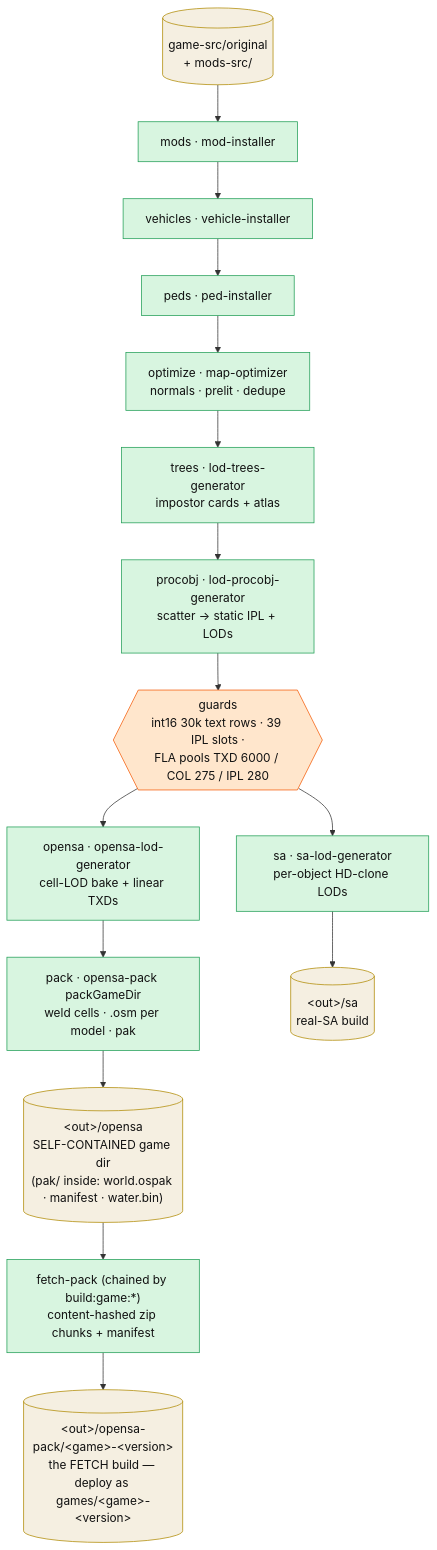
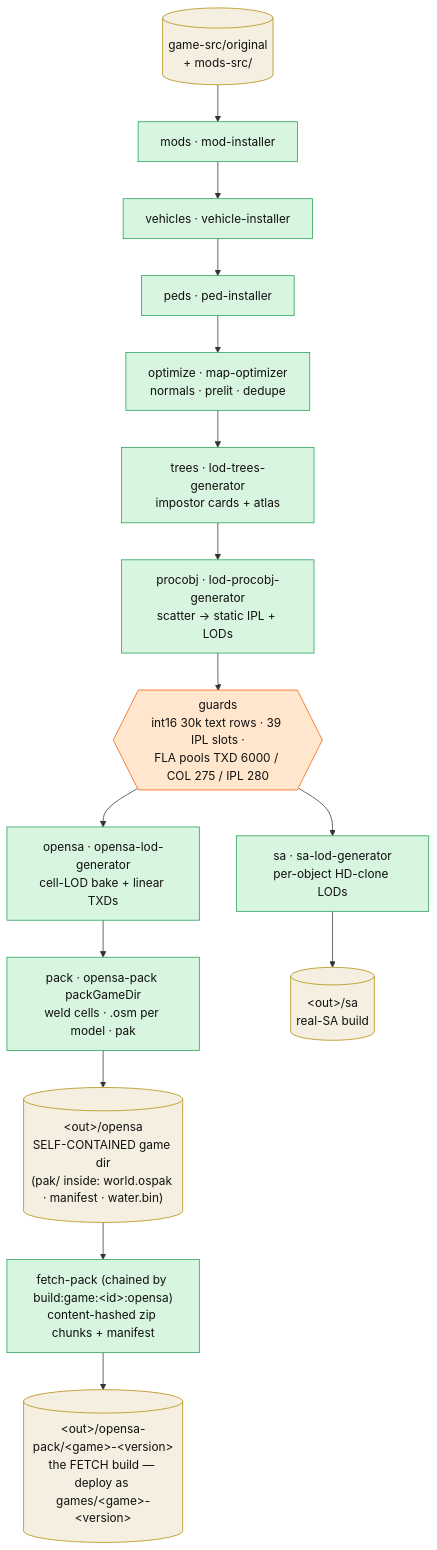
The diagram in docs/architecture/perfect-map-builder.md (sexorcist00/opensa), drawn with Mermaid before and after one commit. The commit also changed other lines of this file and 15 other files, not shown here.

````diff
--- a/docs/architecture/perfect-map-builder.md
+++ b/docs/architecture/perfect-map-builder.md
@@ -20,28 +30,28 @@
 ```mermaid
 %%| pmb-pipeline
 flowchart TB
   src[("game-src/original<br/>+ mods-src/")]:::data
   mods["mods · mod-installer"]:::stage
   veh["vehicles · vehicle-installer"]:::stage
   peds["peds · ped-installer"]:::stage
   opt["optimize · map-optimizer<br/>normals · prelit · dedupe"]:::stage
   trees["trees · lod-trees-generator<br/>impostor cards + atlas"]:::stage
   proc["procobj · lod-procobj-generator<br/>scatter → static IPL + LODs"]:::stage
   guard{{"guards<br/>int16 30k text rows · 39 IPL slots ·<br/>FLA pools TXD 6000 / COL 275 / IPL 280"}}:::guard
   sa["sa · sa-lod-generator<br/>per-object HD-clone LODs"]:::stage
   oslod["opensa · opensa-lod-generator<br/>cell-LOD bake + linear TXDs"]:::stage
   pack["pack · opensa-pack packGameDir<br/>weld cells · .osm per model · pak"]:::stage
   outsa[("&lt;out&gt;/sa<br/>real-SA build")]:::data
   outos[("&lt;out&gt;/opensa<br/>SELF-CONTAINED game dir<br/>(pak/ inside: world.ospak · manifest · water.bin)")]:::data
-  fetch["fetch-pack (chained by build:game:*)<br/>content-hashed zip chunks + manifest"]:::stage
+  fetch["fetch-pack (chained by build:game:&lt;id&gt;:opensa)<br/>content-hashed zip chunks + manifest"]:::stage
   outpak[("&lt;out&gt;/opensa-pack/&lt;game&gt;-&lt;version&gt;<br/>the FETCH build — deploy as games/&lt;game&gt;-&lt;version&gt;")]:::data
 
   src --> mods --> veh --> peds --> opt --> trees --> proc --> guard
   guard --> sa --> outsa
   guard --> oslod --> pack --> outos
   outos --> fetch --> outpak
 
   classDef stage fill:#d8f5e0,stroke:#1f9d55,color:#111
   classDef guard fill:#ffe6cc,stroke:#f55c07,color:#111
   classDef data fill:#f5efe1,stroke:#b08900,color:#111
 ```
````
